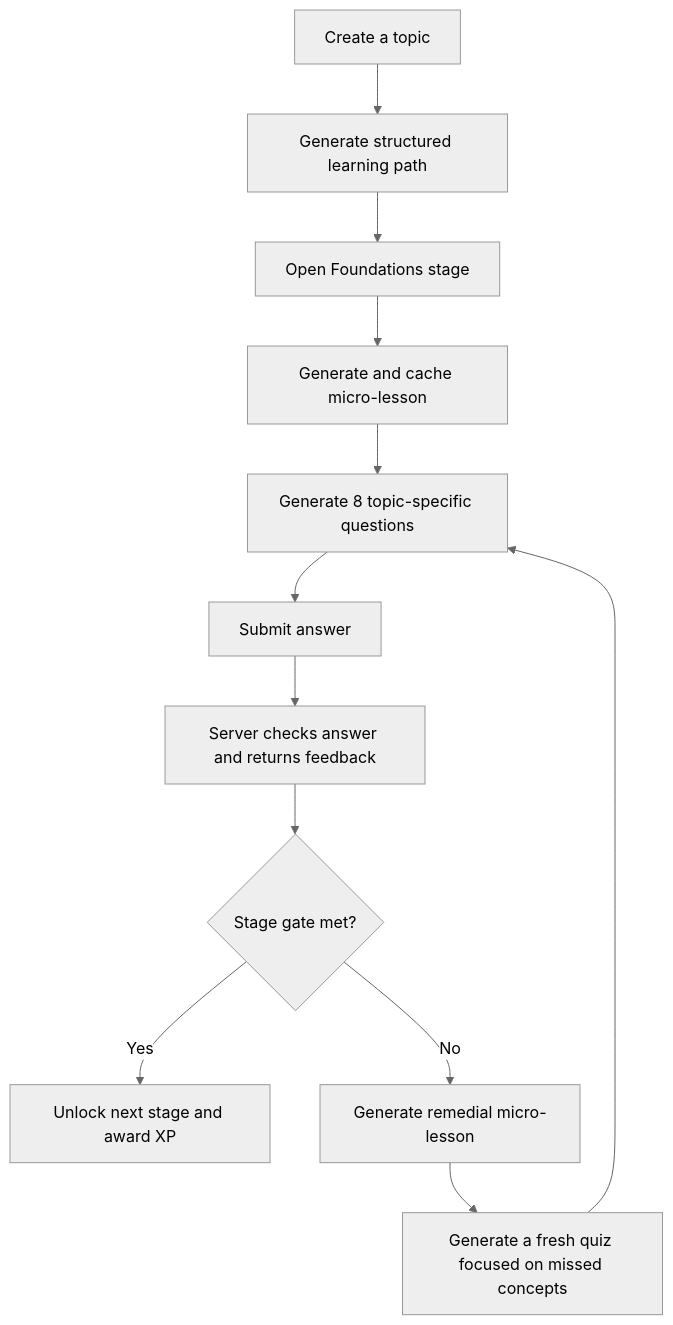
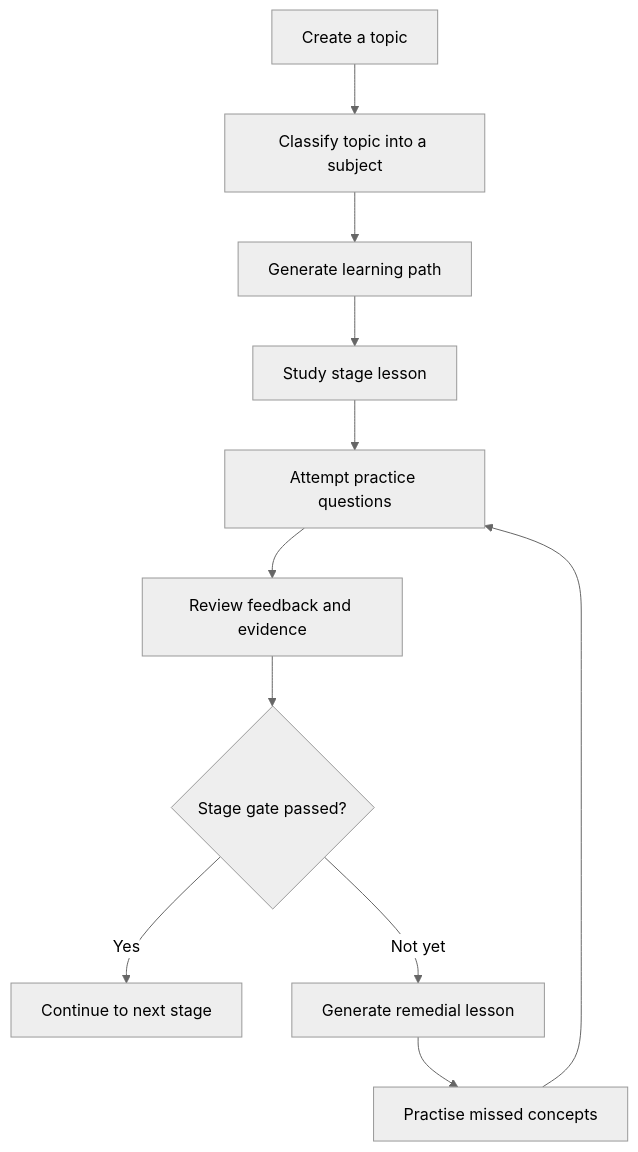
One commit to subhadipkar-hub/AI-Study-Dungeon changed the second of 2 diagrams in README.md. Above: the diagram before and after it, drawn with Mermaid (neutral theme). The commit also changed other lines of this file, not shown here.

````diff
--- a/README.md
+++ b/README.md
@@ -26,14 +161,13 @@
 ```mermaid
 flowchart TD
-  A[Create a topic] --> B[Generate structured learning path]
-  B --> C[Open Foundations stage]
-  C --> D[Generate and cache micro-lesson]
-  D --> E[Generate 8 topic-specific questions]
-  E --> F[Submit answer]
-  F --> G[Server checks answer and returns feedback]
-  G --> H{Stage gate met?}
-  H -->|Yes| I[Unlock next stage and award XP]
-  H -->|No| J[Generate remedial micro-lesson]
-  J --> K[Generate a fresh quiz focused on missed concepts]
-  K --> E
+    A[Create a topic] --> B[Classify topic into a subject]
+    B --> C[Generate learning path]
+    C --> D[Study stage lesson]
+    D --> E[Attempt practice questions]
+    E --> F[Review feedback and evidence]
+    F --> G{Stage gate passed?}
+    G -->|Yes| H[Continue to next stage]
+    G -->|Not yet| I[Generate remedial lesson]
+    I --> J[Practise missed concepts]
+    J --> E
 ```
````
